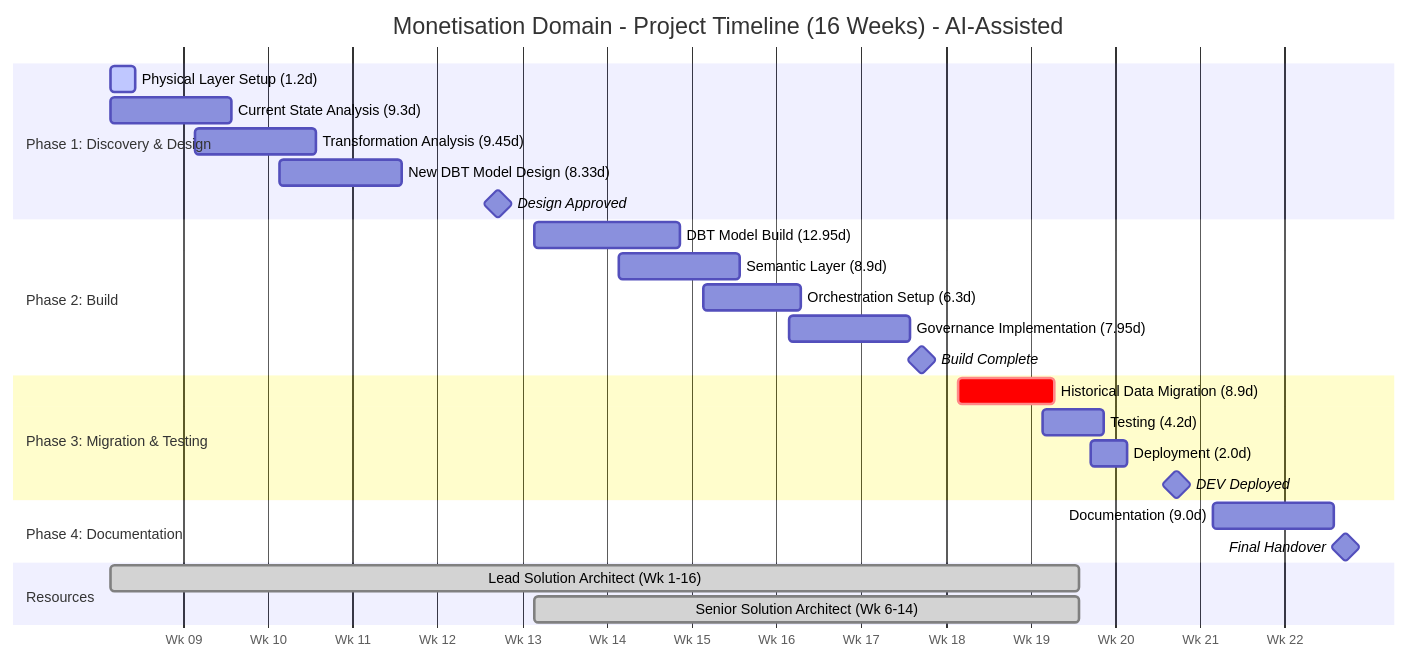
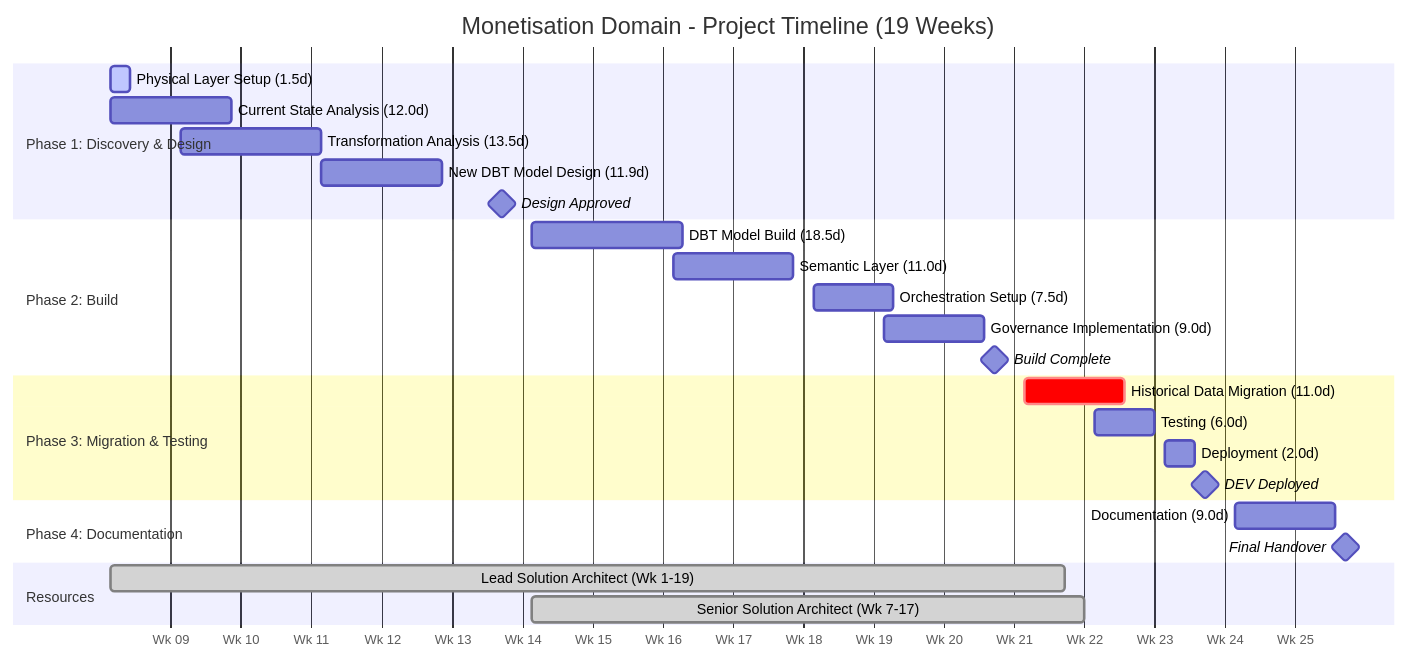
One commit to sfc-gh-mhindi/REPO_CANVA changed the first of 2 diagrams in 4-DataPipelinePrioritisation/InternalSoWs/SoWs/Monetisation_Domain_Scope_of_Work_INTERNAL.md. Above: the diagram before and after it, drawn with Mermaid. The commit also changed other lines of this file and 3 other files, not shown here.

First line of the commit message:
Update timelines and resource requirements to match new estimates

````diff
--- a/4-DataPipelinePrioritisation/InternalSoWs/SoWs/Monetisation_Domain_Scope_of_Work_INTERNAL.md
+++ b/4-DataPipelinePrioritisation/InternalSoWs/SoWs/Monetisation_Domain_Scope_of_Work_INTERNAL.md
@@ -541,35 +541,35 @@
 ```mermaid
 gantt
-    title Monetisation Domain - Project Timeline (16 Weeks) - AI-Assisted
+    title Monetisation Domain - Project Timeline (19 Weeks)
     dateFormat  YYYY-MM-DD
     axisFormat  Wk %W
     tickInterval 1week
     
     section Phase 1: Discovery & Design
-    Physical Layer Setup (1.2d)           :active, p1a, 2026-03-02, 2d
-    Current State Analysis (9.3d)         :p1b, 2026-03-02, 10d
-    Transformation Analysis (9.45d)       :p1c, 2026-03-09, 10d
-    New DBT Model Design (8.33d)          :p1d, 2026-03-16, 10d
-    Design Approved                       :milestone, m1, 2026-04-03, 0d
+    Physical Layer Setup (1.5d)           :active, p1a, 2026-03-02, 2d
+    Current State Analysis (12.0d)        :p1b, 2026-03-02, 12d
+    Transformation Analysis (13.5d)       :p1c, 2026-03-09, 14d
+    New DBT Model Design (11.9d)          :p1d, 2026-03-23, 12d
+    Design Approved                       :milestone, m1, 2026-04-10, 0d
     
     section Phase 2: Build
-    DBT Model Build (12.95d)              :p2a, 2026-04-06, 12d
-    Semantic Layer (8.9d)                 :p2b, 2026-04-13, 10d
-    Orchestration Setup (6.3d)            :p2c, 2026-04-20, 8d
-    Governance Implementation (7.95d)     :p2d, 2026-04-27, 10d
-    Build Complete                        :milestone, m2, 2026-05-08, 0d
+    DBT Model Build (18.5d)               :p2a, 2026-04-13, 15d
+    Semantic Layer (11.0d)                :p2b, 2026-04-27, 12d
+    Orchestration Setup (7.5d)            :p2c, 2026-05-11, 8d
+    Governance Implementation (9.0d)      :p2d, 2026-05-18, 10d
+    Build Complete                        :milestone, m2, 2026-05-29, 0d
     
     section Phase 3: Migration & Testing
-    Historical Data Migration (8.9d)      :crit, p3a, 2026-05-11, 8d
-    Testing (4.2d)                        :p3b, 2026-05-18, 5d
-    Deployment (2.0d)                     :p3c, 2026-05-22, 3d
-    DEV Deployed                          :milestone, m3, 2026-05-29, 0d
+    Historical Data Migration (11.0d)     :crit, p3a, 2026-06-01, 10d
+    Testing (6.0d)                        :p3b, 2026-06-08, 6d
+    Deployment (2.0d)                     :p3c, 2026-06-15, 3d
+    DEV Deployed                          :milestone, m3, 2026-06-19, 0d
     
     section Phase 4: Documentation
-    Documentation (9.0d)                  :p4a, 2026-06-01, 10d
-    Final Handover                        :milestone, m4, 2026-06-12, 0d
+    Documentation (9.0d)                  :p4a, 2026-06-22, 10d
+    Final Handover                        :milestone, m4, 2026-07-03, 0d
     
     section Resources
-    Lead Solution Architect (Wk 1-16)     :done, res1, 2026-03-02, 80d
-    Senior Solution Architect (Wk 6-14)   :done, res2, 2026-04-06, 45d
+    Lead Solution Architect (Wk 1-19)     :done, res1, 2026-03-02, 95d
+    Senior Solution Architect (Wk 7-17)   :done, res2, 2026-04-13, 55d
 ```
````
